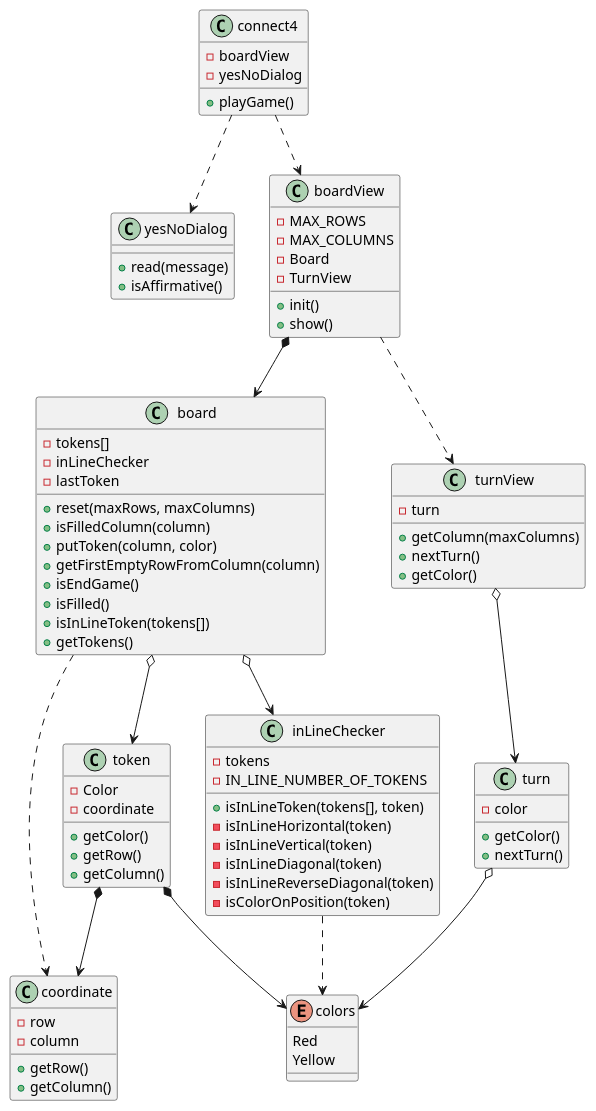
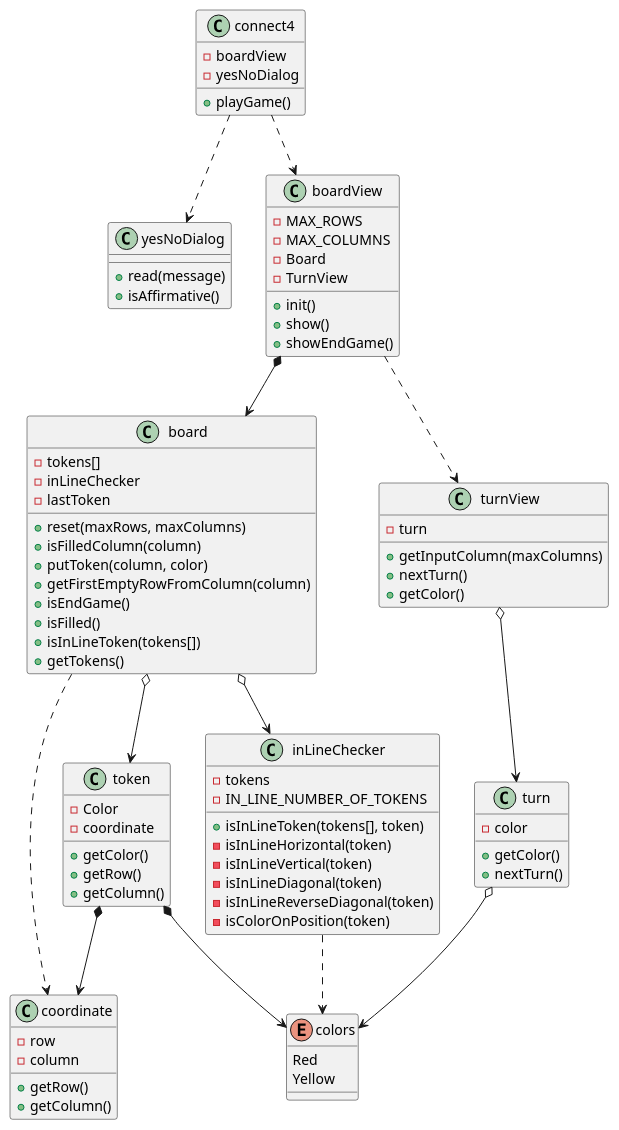
The diagram in UML/softwareModel.puml (jumpering/connect4), drawn with PlantUML before and after one commit. The commit also changed 2 other files, not shown here.

Commit message:
refactor turnView and some method names + UML

```diff
--- a/UML/softwareModel.puml
+++ b/UML/softwareModel.puml
@@ -1,89 +1,90 @@
 @startuml
 
 class connect4{
     - boardView
     - yesNoDialog
     + playGame()
 }
 class yesNoDialog{
     + read(message)
     + isAffirmative()
 }
 class board{
     - tokens[]
     - inLineChecker
     - lastToken
     + reset(maxRows, maxColumns)
     + isFilledColumn(column)
     + putToken(column, color)
     + getFirstEmptyRowFromColumn(column)
     + isEndGame()
     + isFilled()
     + isInLineToken(tokens[])
     + getTokens()
 }
 class boardView{
     - MAX_ROWS
     - MAX_COLUMNS
     - Board
     - TurnView
     + init()
     + show()
+    + showEndGame()
 }
 class inLineChecker{
     - tokens
     - IN_LINE_NUMBER_OF_TOKENS
     + isInLineToken(tokens[], token)
     - isInLineHorizontal(token)
     - isInLineVertical(token)
     - isInLineDiagonal(token)
     - isInLineReverseDiagonal(token)
     - isColorOnPosition(token)
 }
 
 class token{
     - Color
     - coordinate
     + getColor()
     + getRow()
     + getColumn()
 }
 
 class coordinate {
     - row 
     - column
     + getRow()
     + getColumn()
 }
 
 class turnView{
     - turn
-    + getColumn(maxColumns)
+    + getInputColumn(maxColumns)
     + nextTurn()
     + getColor()
 }
 
 class turn{
     - color
     + getColor()
     + nextTurn()
 }
 
 enum colors{
 Red
 Yellow
 }
 
 connect4 ..> boardView
 connect4 ..> yesNoDialog
 boardView *--> board
 boardView ..> turnView
 turnView o--> turn
 board o--> token
 board o--> inLineChecker
 board ..> coordinate
 inLineChecker ..> colors
 turn o--> colors
 token *--> colors
 token *--> coordinate
 @enduml
```
